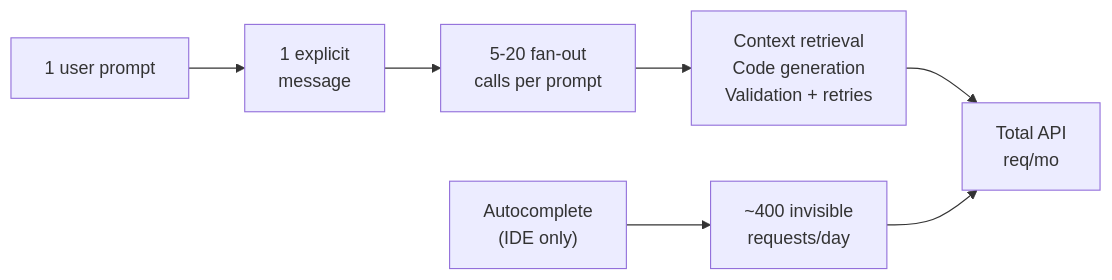
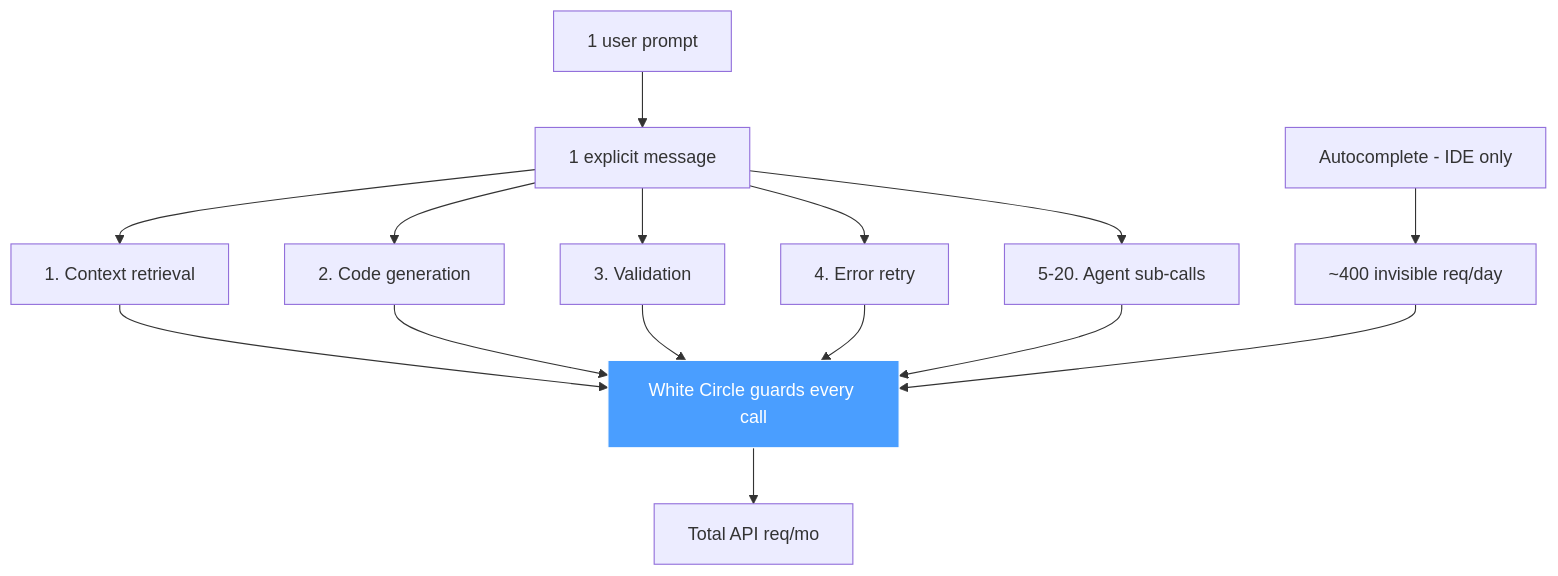
One commit to frankterpo/mermaidchart_prezi changed the tenth of 11 diagrams in presentation/white_circle_prezi.md. Above: the diagram before and after it, drawn with Mermaid. The commit also changed other lines of this file, not shown here.

Commit message:
fix: KaTeX dollar-sign conflicts in Task 2/5 takeaways + expanded Task 6 flowchart
- Remove $ from "Lakera ($20M Series A), Braintrust ($80M Series B)" to prevent
  KaTeX parsing the text between dollar signs as inline math
- Remove $ from Task 5 takeaway 4 "$499/1M...=$112K" for same reason
- Expand Task 6 Mermaid flowchart: show individual fan-out calls (context retrieval,
  code gen, validation, error retry, agent sub-calls) + White Circle guard node

````diff
--- a/presentation/white_circle_prezi.md
+++ b/presentation/white_circle_prezi.md
@@ -828,9 +828,18 @@
 ```mermaid
-flowchart LR
-    A["1 user prompt"] --> B["1 explicit<br/>message"]
-    B --> C["5-20 fan-out<br/>calls per prompt"]
-    C --> D["Context retrieval<br/>Code generation<br/>Validation + retries"]
-    F["Autocomplete<br/>(IDE only)"] --> G["~400 invisible<br/>requests/day"]
-    D --> H["Total API<br/>req/mo"]
-    G --> H
+flowchart TD
+    A["1 user prompt"] --> B["1 explicit message"]
+    B --> C1["1. Context retrieval"]
+    B --> C2["2. Code generation"]
+    B --> C3["3. Validation"]
+    B --> C4["4. Error retry"]
+    B --> C5["5-20. Agent sub-calls"]
+    F["Autocomplete - IDE only"] --> G["~400 invisible req/day"]
+    C1 --> WC["White Circle guards every call"]
+    C2 --> WC
+    C3 --> WC
+    C4 --> WC
+    C5 --> WC
+    G --> WC
+    WC --> H["Total API req/mo"]
+    style WC fill:#4a9eff,stroke:#fff,color:#fff
 ```
````
